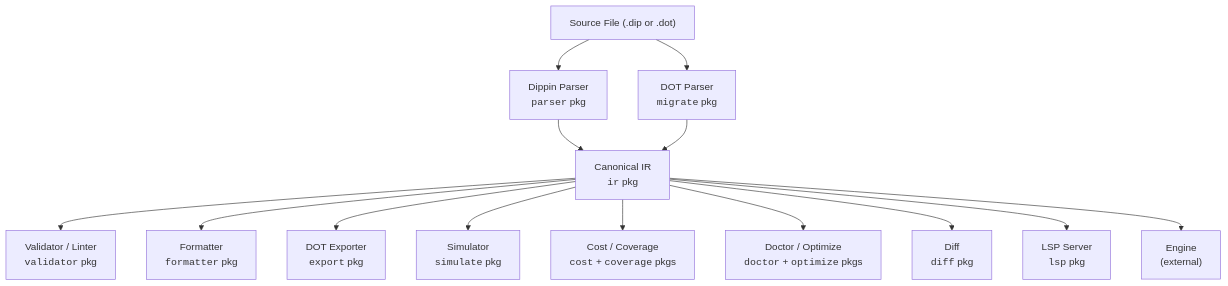
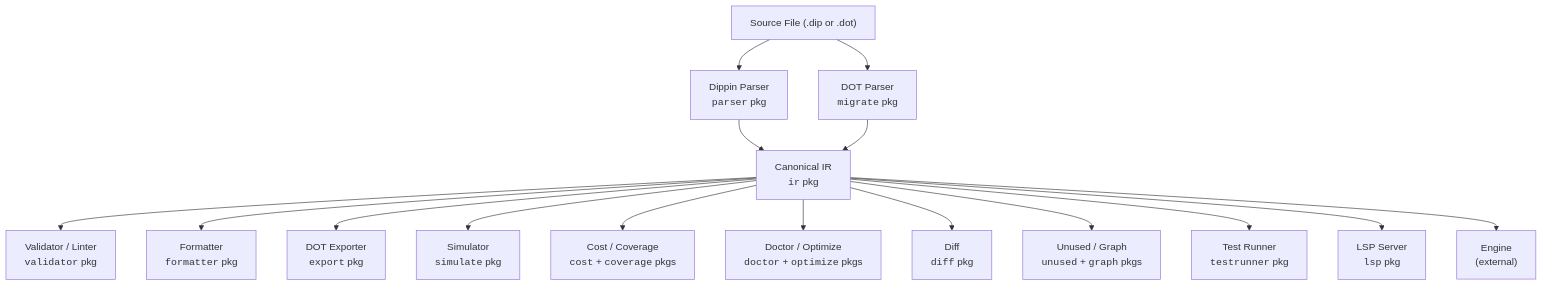
One commit to michellepellon/dippin-lang changed the first of 3 diagrams in docs/architecture.md. Above: the diagram before and after it, drawn with Mermaid. The commit also changed other lines of this file and 70 other files, not shown here.

````diff
--- a/docs/architecture.md
+++ b/docs/architecture.md
@@ -11,17 +11,19 @@
 ```mermaid
 graph TD
     SRC["Source File (.dip or .dot)"]
     SRC --> DIP_PARSER["Dippin Parser<br><code>parser</code> pkg"]
     SRC --> DOT_PARSER["DOT Parser<br><code>migrate</code> pkg"]
     DIP_PARSER --> IR["Canonical IR<br><code>ir</code> pkg"]
     DOT_PARSER --> IR
     IR --> VAL["Validator / Linter<br><code>validator</code> pkg"]
     IR --> FMT["Formatter<br><code>formatter</code> pkg"]
     IR --> EXP["DOT Exporter<br><code>export</code> pkg"]
     IR --> SIM["Simulator<br><code>simulate</code> pkg"]
     IR --> COST["Cost / Coverage<br><code>cost</code> + <code>coverage</code> pkgs"]
     IR --> DOC["Doctor / Optimize<br><code>doctor</code> + <code>optimize</code> pkgs"]
     IR --> DIFF["Diff<br><code>diff</code> pkg"]
+    IR --> UNUSED["Unused / Graph<br><code>unused</code> + <code>graph</code> pkgs"]
+    IR --> TEST["Test Runner<br><code>testrunner</code> pkg"]
     IR --> LSP["LSP Server<br><code>lsp</code> pkg"]
     IR --> ENG["Engine<br>(external)"]
 ```
````
